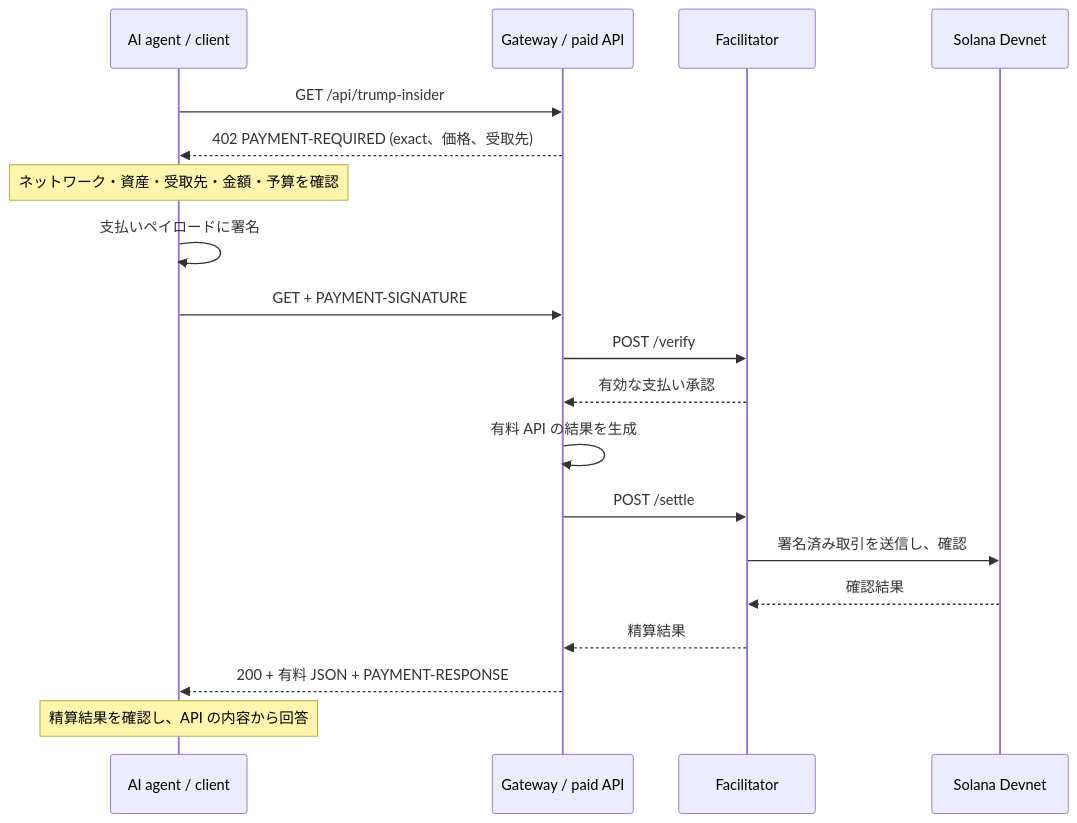
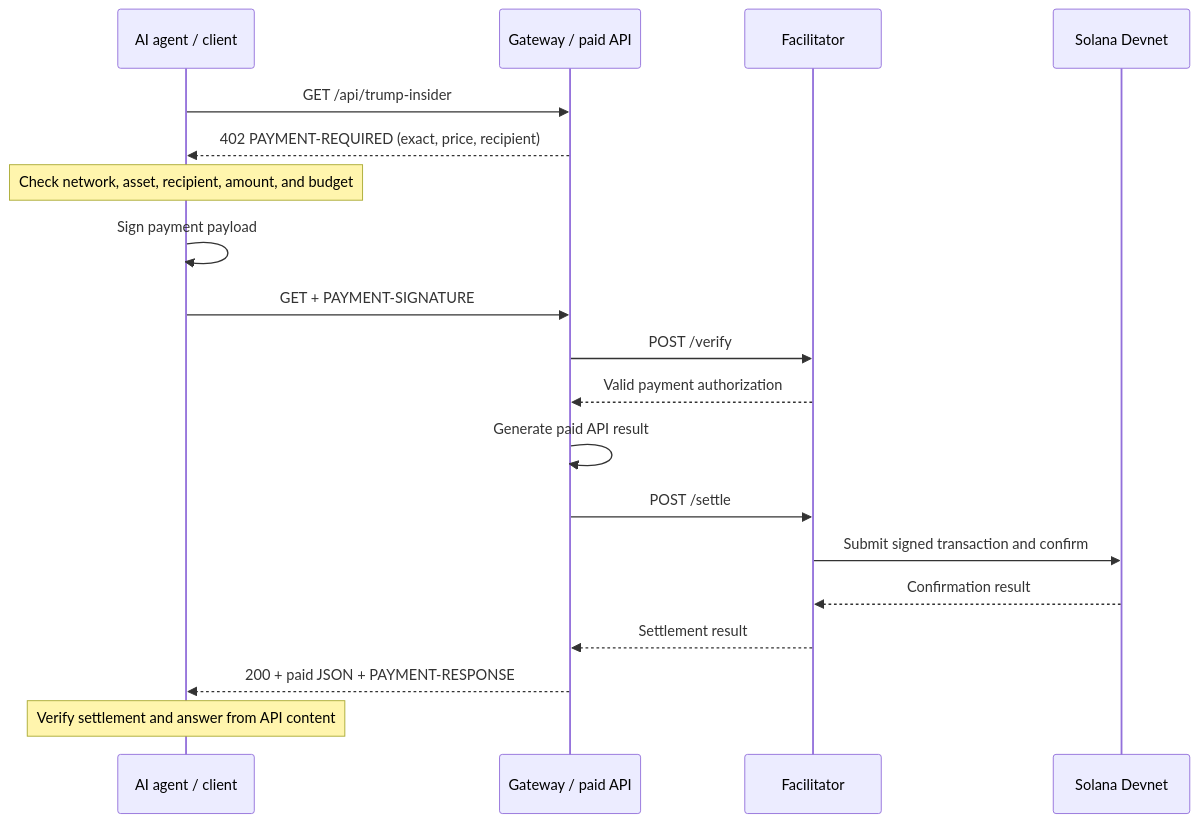
Before and after one commit to init-ikuya/x402-solana-demo: the second of 4 diagrams in docs/demo-payment-architecture.md, drawn with Mermaid. The commit also changed other lines of this file and 6 other files, not shown here.

````diff
--- a/docs/demo-payment-architecture.md
+++ b/docs/demo-payment-architecture.md
@@ -24,21 +24,21 @@
 ```mermaid
 sequenceDiagram
     participant C as AI agent / client
     participant G as Gateway / paid API
     participant F as Facilitator
     participant S as Solana Devnet
     C->>G: GET /api/trump-insider
-    G-->>C: 402 PAYMENT-REQUIRED (exact、価格、受取先)
-    Note over C: ネットワーク・資産・受取先・金額・予算を確認
-    C->>C: 支払いペイロードに署名
+    G-->>C: 402 PAYMENT-REQUIRED (exact, price, recipient)
+    Note over C: Check network, asset, recipient, amount, and budget
+    C->>C: Sign payment payload
     C->>G: GET + PAYMENT-SIGNATURE
     G->>F: POST /verify
-    F-->>G: 有効な支払い承認
-    G->>G: 有料 API の結果を生成
+    F-->>G: Valid payment authorization
+    G->>G: Generate paid API result
     G->>F: POST /settle
-    F->>S: 署名済み取引を送信し、確認
-    S-->>F: 確認結果
-    F-->>G: 精算結果
-    G-->>C: 200 + 有料 JSON + PAYMENT-RESPONSE
-    Note over C: 精算結果を確認し、API の内容から回答
+    F->>S: Submit signed transaction and confirm
+    S-->>F: Confirmation result
+    F-->>G: Settlement result
+    G-->>C: 200 + paid JSON + PAYMENT-RESPONSE
+    Note over C: Verify settlement and answer from API content
 ```
````
